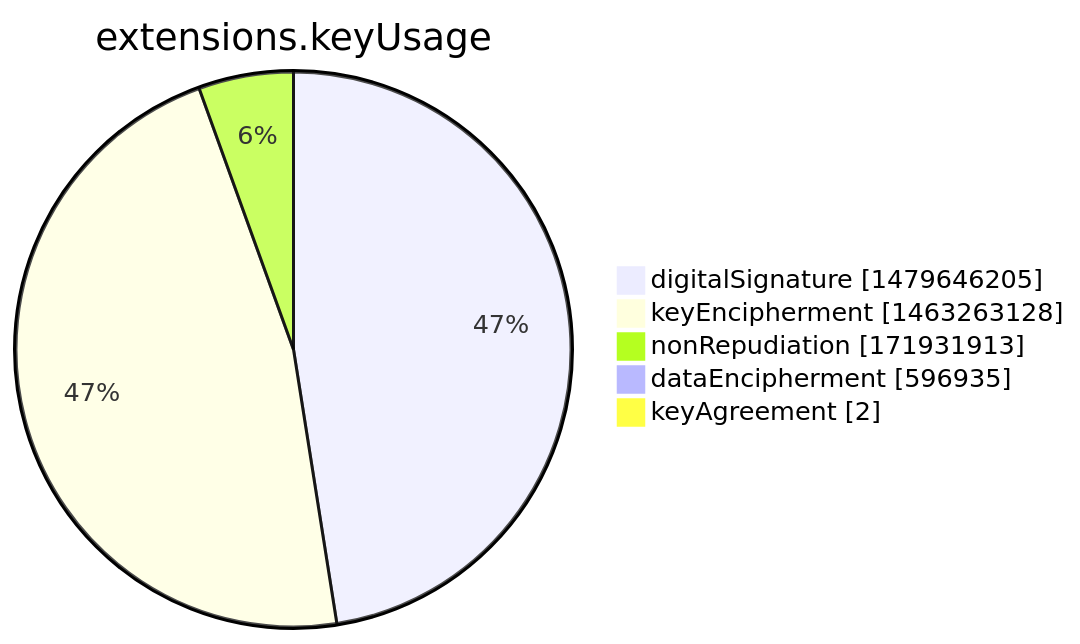
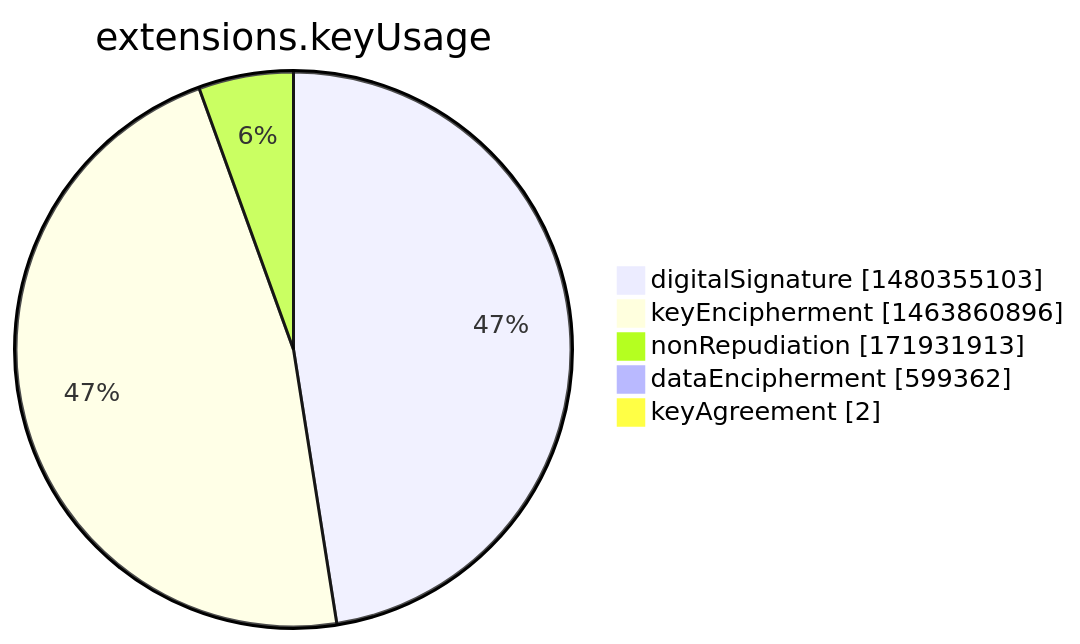
The seventh of 15 diagrams in argon2022/README.md (christiankrug/ctmonitor_visualization), drawn with Mermaid before and after one commit. The commit also changed other lines of this file, not shown here.

````diff
--- a/argon2022/README.md
+++ b/argon2022/README.md
@@ -2751,9 +2751,9 @@
 ```mermaid
 pie showData
 title extensions.keyUsage
-"digitalSignature" :1479646205
-"keyEncipherment" :1463263128
+"digitalSignature" :1480355103
+"keyEncipherment" :1463860896
 "nonRepudiation" :171931913
-"dataEncipherment" :596935
+"dataEncipherment" :599362
 "keyAgreement" :2
 ```
````
